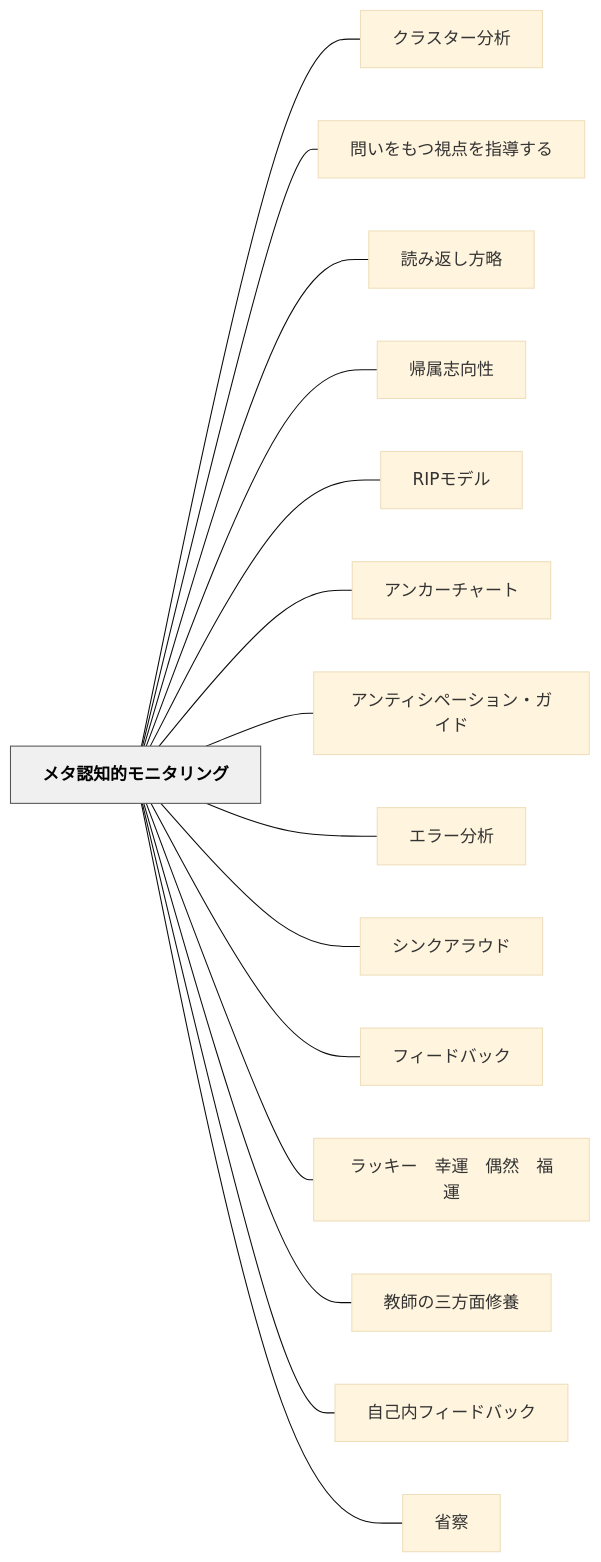
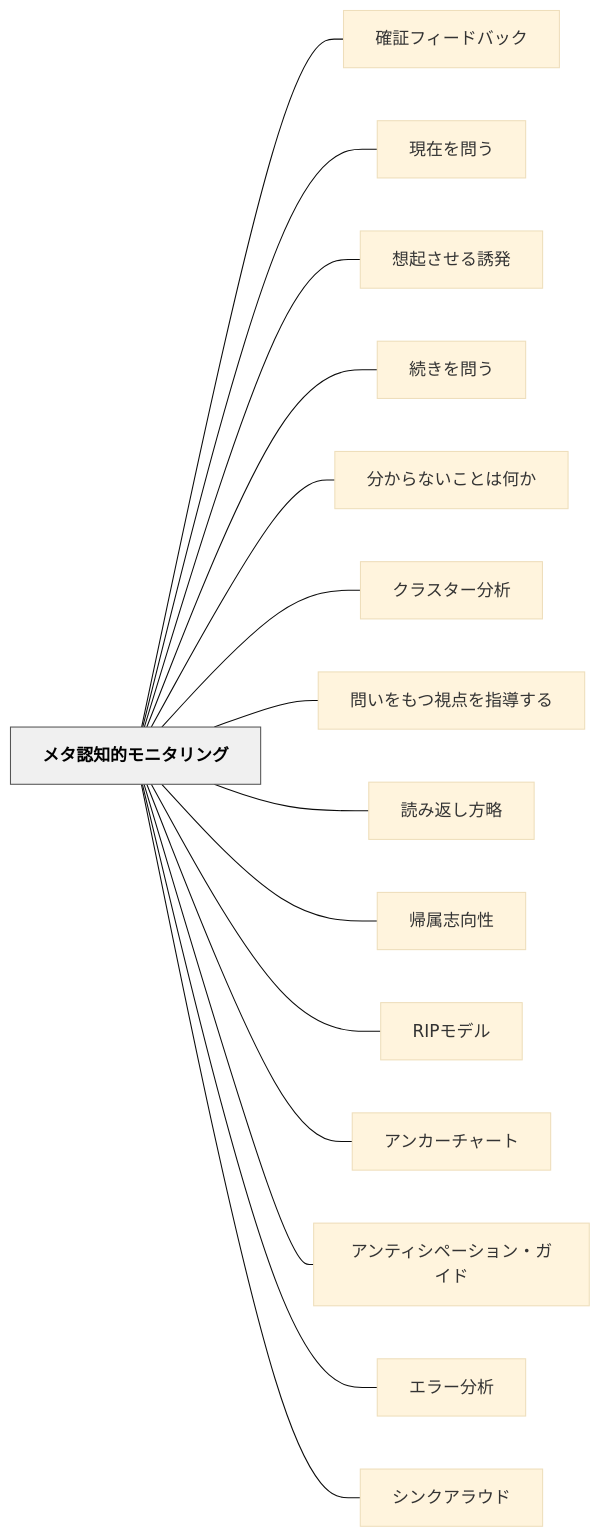
One commit to unknownthings-ed-patterns/unknownthings-ed-patterns changed the diagram in content/パタン/メタ認知的モニタリング.md. Above: the diagram before and after it, drawn with Mermaid (base theme). The commit also changed other lines of this file and 71 other files, not shown here.

````diff
--- a/content/パタン/メタ認知的モニタリング.md
+++ b/content/パタン/メタ認知的モニタリング.md
@@ -141,36 +141,36 @@
 ```mermaid
 flowchart LR
     ne383a1e382bfe8aa8de79fa5e79a84e383a2e3838be382bfe383aae383b3e382b0["メタ認知的モニタリング"]
+    ne7a2bae8a8bce38395e382a3e383bce38389e38390e38383e382af["確証フィードバック"]
+    ne78fbee59ca8e38292e5958fe38186["現在を問う"]
+    ne683b3e8b5b7e38195e3819be3828be8aa98e799ba["想起させる誘発"]
+    ne7b69ae3818de38292e5958fe38186["続きを問う"]
+    ne58886e3818be38289e381aae38184e38193e381a8e381afe4bd95e3818b["分からないことは何か"]
     ne382afe383a9e382b9e382bfe383bce58886e69e90["クラスター分析"]
     ne5958fe38184e38292e38282e381a4e8a696e782b9e38292e68c87e5b08ee38199e3828b["問いをもつ視点を指導する"]
     ne8aaade381bfe8bf94e38197e696b9e795a5["読み返し方略"]
     ne5b8b0e5b19ee5bf97e59091e680a7["帰属志向性"]
     n524950e383a2e38387e383ab["RIPモデル"]
     ne382a2e383b3e382abe383bce38381e383a3e383bce38388["アンカーチャート"]
     ne382a2e383b3e38386e382a3e382b7e3839ae383bce382b7e383a7e383b3e383bbe382ace382a4e38389["アンティシペーション・ガイド"]
     ne382a8e383a9e383bce58886e69e90["エラー分析"]
     ne382b7e383b3e382afe382a2e383a9e382a6e38389["シンクアラウド"]
-    ne38395e382a3e383bce38389e38390e38383e382af["フィードバック"]
-    ne383a9e38383e382ade383bce38080e5b9b8e9818be38080e581b6e784b6e38080e7a68fe9818b["ラッキー　幸運　偶然　福運"]
-    ne69599e5b8abe381aee4b889e696b9e99da2e4bfaee9a48a["教師の三方面修養"]
-    ne887aae5b7b1e58685e38395e382a3e383bce38389e38390e38383e382af["自己内フィードバック"]
-    ne79c81e5af9f["省察"]
 
+    ne383a1e382bfe8aa8de79fa5e79a84e383a2e3838be382bfe383aae383b3e382b0 --- ne7a2bae8a8bce38395e382a3e383bce38389e38390e38383e382af
+    ne383a1e382bfe8aa8de79fa5e79a84e383a2e3838be382bfe383aae383b3e382b0 --- ne78fbee59ca8e38292e5958fe38186
+    ne383a1e382bfe8aa8de79fa5e79a84e383a2e3838be382bfe383aae383b3e382b0 --- ne683b3e8b5b7e38195e3819be3828be8aa98e799ba
+    ne383a1e382bfe8aa8de79fa5e79a84e383a2e3838be382bfe383aae383b3e382b0 --- ne7b69ae3818de38292e5958fe38186
+    ne383a1e382bfe8aa8de79fa5e79a84e383a2e3838be382bfe383aae383b3e382b0 --- ne58886e3818be38289e381aae38184e38193e381a8e381afe4bd95e3818b
     ne383a1e382bfe8aa8de79fa5e79a84e383a2e3838be382bfe383aae383b3e382b0 --- ne382afe383a9e382b9e382bfe383bce58886e69e90
     ne383a1e382bfe8aa8de79fa5e79a84e383a2e3838be382bfe383aae383b3e382b0 --- ne5958fe38184e38292e38282e381a4e8a696e782b9e38292e68c87e5b08ee38199e3828b
     ne383a1e382bfe8aa8de79fa5e79a84e383a2e3838be382bfe383aae383b3e382b0 --- ne8aaade381bfe8bf94e38197e696b9e795a5
     ne383a1e382bfe8aa8de79fa5e79a84e383a2e3838be382bfe383aae383b3e382b0 --- ne5b8b0e5b19ee5bf97e59091e680a7
     ne383a1e382bfe8aa8de79fa5e79a84e383a2e3838be382bfe383aae383b3e382b0 --- n524950e383a2e38387e383ab
     ne383a1e382bfe8aa8de79fa5e79a84e383a2e3838be382bfe383aae383b3e382b0 --- ne382a2e383b3e382abe383bce38381e383a3e383bce38388
     ne383a1e382bfe8aa8de79fa5e79a84e383a2e3838be382bfe383aae383b3e382b0 --- ne382a2e383b3e38386e382a3e382b7e3839ae383bce382b7e383a7e383b3e383bbe382ace382a4e38389
     ne383a1e382bfe8aa8de79fa5e79a84e383a2e3838be382bfe383aae383b3e382b0 --- ne382a8e383a9e383bce58886e69e90
     ne383a1e382bfe8aa8de79fa5e79a84e383a2e3838be382bfe383aae383b3e382b0 --- ne382b7e383b3e382afe382a2e383a9e382a6e38389
-    ne383a1e382bfe8aa8de79fa5e79a84e383a2e3838be382bfe383aae383b3e382b0 --- ne38395e382a3e383bce38389e38390e38383e382af
-    ne383a1e382bfe8aa8de79fa5e79a84e383a2e3838be382bfe383aae383b3e382b0 --- ne383a9e38383e382ade383bce38080e5b9b8e9818be38080e581b6e784b6e38080e7a68fe9818b
-    ne383a1e382bfe8aa8de79fa5e79a84e383a2e3838be382bfe383aae383b3e382b0 --- ne69599e5b8abe381aee4b889e696b9e99da2e4bfaee9a48a
-    ne383a1e382bfe8aa8de79fa5e79a84e383a2e3838be382bfe383aae383b3e382b0 --- ne887aae5b7b1e58685e38395e382a3e383bce38389e38390e38383e382af
-    ne383a1e382bfe8aa8de79fa5e79a84e383a2e3838be382bfe383aae383b3e382b0 --- ne79c81e5af9f
 
     classDef hub fill:#f0f0f0,stroke:#555,color:#000,font-weight:bold
     class ne383a1e382bfe8aa8de79fa5e79a84e383a2e3838be382bfe383aae383b3e382b0 hub
 ```
````
